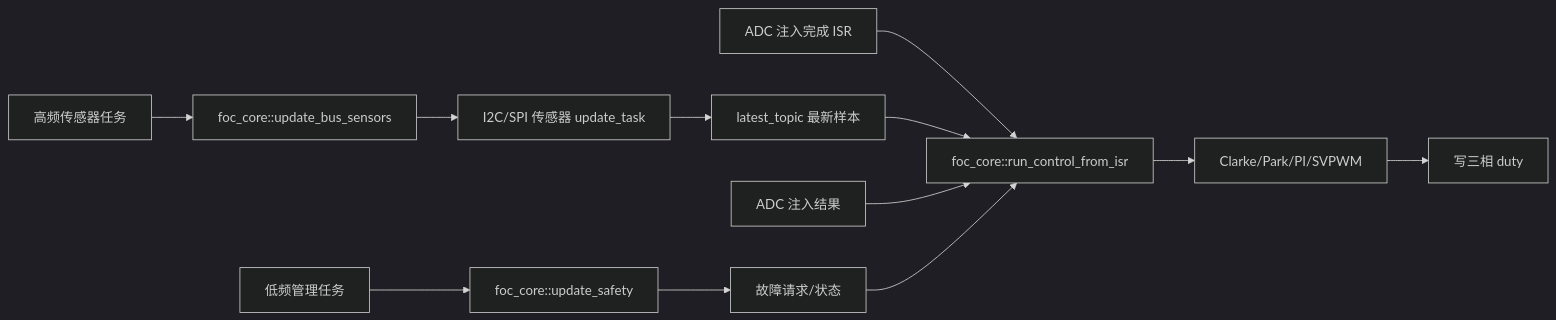
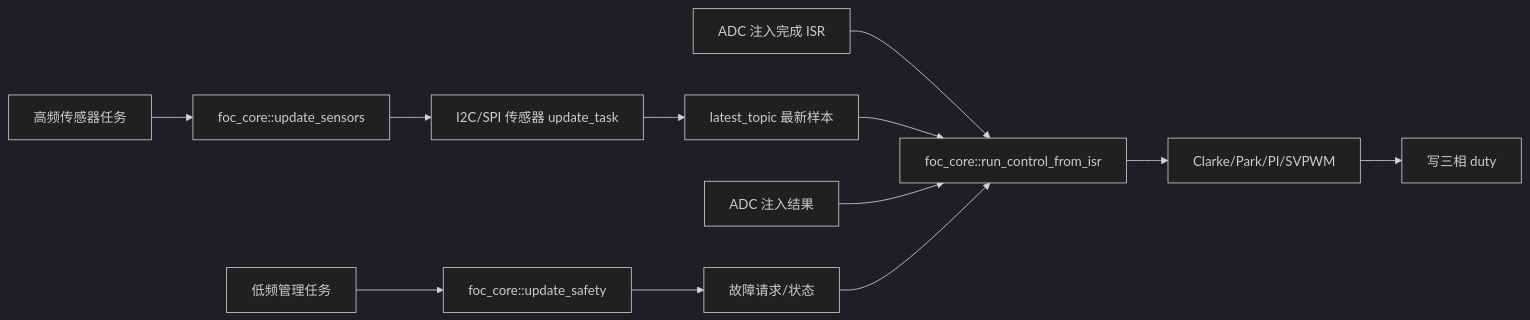
One commit to BGzEroll/foc_v3p_f4 changed the diagram in docs/FOC三层执行框架评估.md. Above: the diagram before and after it, drawn with Mermaid (dark theme). The commit also changed other lines of this file and 6 other files, not shown here.

````diff
--- a/docs/FOC三层执行框架评估.md
+++ b/docs/FOC三层执行框架评估.md
@@ -32,16 +32,16 @@
 ```mermaid
 flowchart LR
-    HIGH_TASK[高频传感器任务] --> UPDATE[foc_core::update_bus_sensors]
+    HIGH_TASK[高频传感器任务] --> UPDATE[foc_core::update_sensors]
     UPDATE --> BUS[I2C/SPI 传感器 update_task]
     BUS --> TOPIC[latest_topic 最新样本]
 
     ADC[ADC 注入完成 ISR] --> ISR[foc_core::run_control_from_isr]
     TOPIC --> ISR
     ADC_DATA[ADC 注入结果] --> ISR
     ISR --> FOC[Clarke/Park/PI/SVPWM]
     FOC --> DUTY[写三相 duty]
 
     LOW_TASK[低频管理任务] --> SAFE[foc_core::update_safety]
     SAFE --> FAULT[故障请求/状态]
     FAULT --> ISR
 ```
````
